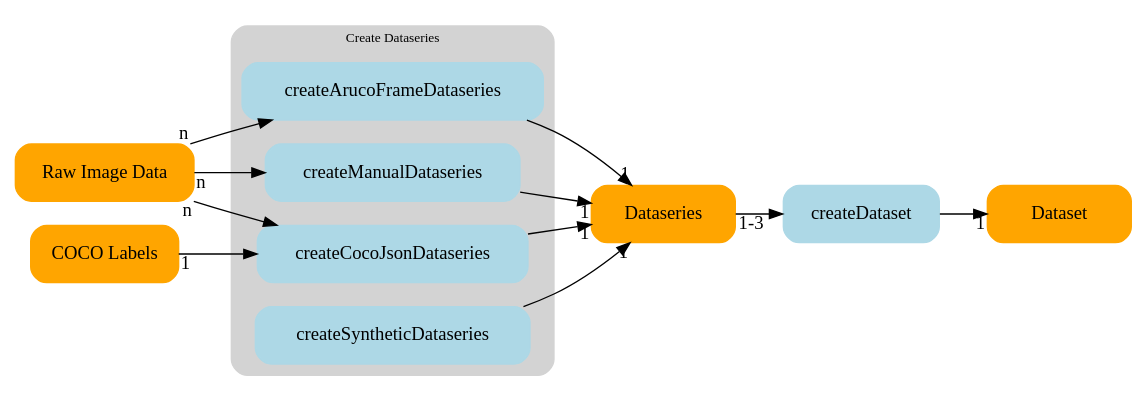
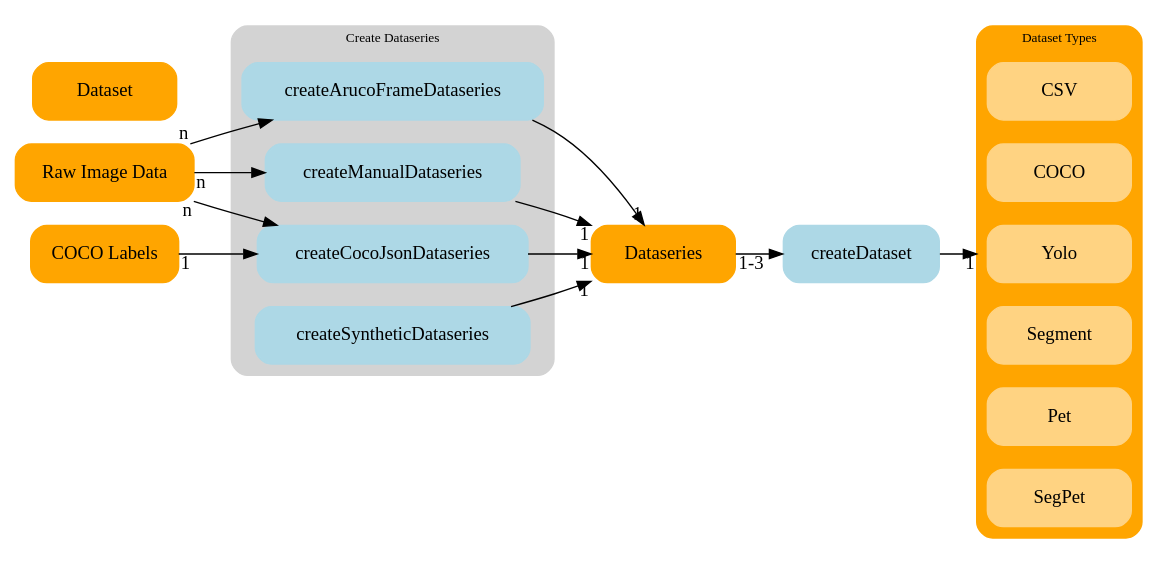
Before and after one commit to jnccd/crystal-marker-detection: the diagram in thesis/assets/graph/arch_data.dot, drawn with Graphviz.

Commit message:
Add dataset cluster

```diff
--- a/thesis/assets/graph/arch_data.dot
+++ b/thesis/assets/graph/arch_data.dot
@@ -1,44 +1,56 @@
 digraph arch {
     rankdir=LR
     node [shape=box style="filled,rounded" width=1.5 height=0.6];
     graph [fontsize=10 compound=true];
     
     raw_data [label="Raw Image Data" color=orange]
     coco_labels [label="COCO Labels" color=orange]
     Dataseries [color=orange]
     Dataset [color=orange]
     createDataset [color=lightblue]
     
     # Mark: style="filled,rounded,dashed" fillcolor=lightblue color=red penwidth=3
 
-    subgraph cluster_ds {
+    subgraph cluster_dataseries {
         graph [style="filled,rounded", color=lightgray]
+        label = "Create Dataseries";
 
-        label = "Create Dataseries";
         createArucoFrameDataseries [color=lightblue] 
         createCocoJsonDataseries [color=lightblue]
         createManualDataseries [color=lightblue]
         createSyntheticDataseries [color=lightblue]
         
         {
             rank = same;
             createSyntheticDataseries -> createCocoJsonDataseries -> createManualDataseries -> createArucoFrameDataseries [style=invis]
         }
+    }
+
+    subgraph cluster_dataset {
+        graph [style="filled,rounded", color=orange]
+        label = "Dataset Types";
+
+        CSV [color="#ffd382"]
+        COCO [color="#ffd382"]
+        Yolo [color="#ffd382"]
+        Segment [color="#ffd382"]
+        Pet [color="#ffd382"]
+        SegPet [color="#ffd382"]
     }
 
     raw_data -> createArucoFrameDataseries [taillabel="n"]
     raw_data -> createCocoJsonDataseries [taillabel="n"]
     raw_data -> createManualDataseries [taillabel="n"]
     coco_labels -> createCocoJsonDataseries [taillabel="1"]
     
     #{rank=same; createArucoFrameDataseries; createCocoJsonDataseries; createManualDataseries; createSyntheticDataseries;}
 
     createArucoFrameDataseries -> Dataseries [headlabel="1"]
     createCocoJsonDataseries -> Dataseries [headlabel="1"]
     createManualDataseries -> Dataseries [headlabel="1"]
     createSyntheticDataseries -> Dataseries [headlabel="1"]
 
     Dataseries -> createDataset [taillabel="1-3"]
 
-    createDataset -> Dataset [headlabel="1"]
+    createDataset -> Yolo [headlabel="1", lhead=cluster_dataset]
 }
```
